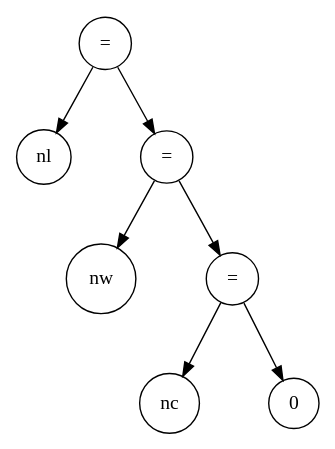
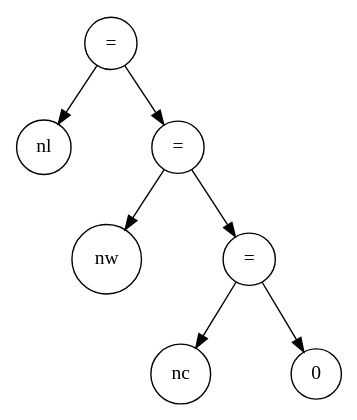
One commit to urieeel19/SSL changed the diagram in 05-ContadorDePalabras/ArbolExpresionAsignacion.gv. Above: the diagram before and after it, drawn with Graphviz. The commit also changed 5 other files, not shown here.

```diff
--- a/05-ContadorDePalabras/ArbolExpresionAsignacion.gv
+++ b/05-ContadorDePalabras/ArbolExpresionAsignacion.gv
@@ -1,14 +1,17 @@
 digraph g{
   node [shape = circle];
-  ranksep=0.6;
-  nodesep=0.7;
+  ranksep=0.5;
+  nodesep=0.8;
   1 [ label = "="];
   1 -> nl;
+
   2 [ label = "="];
   1 -> 2;
+
   2 -> nw;
   3 [ label = "="];
   2 -> 3;
+  
   3 -> nc;
   3 -> 0;
 }
```
